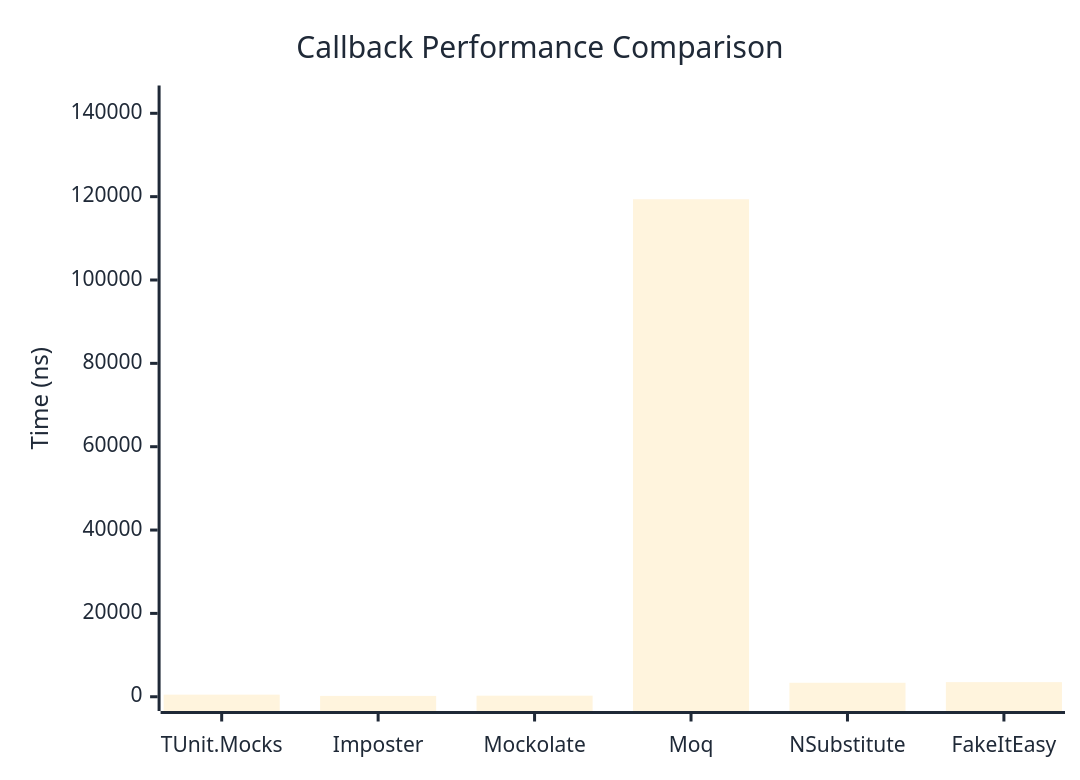
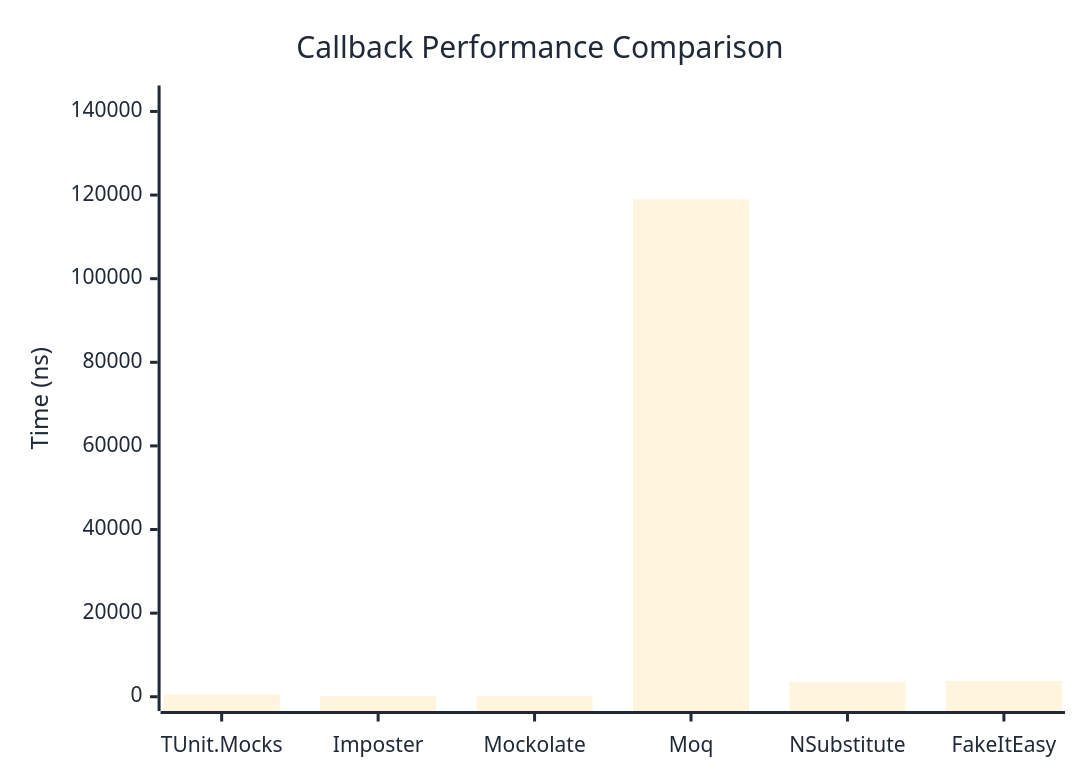
One commit to thomhurst/TUnit changed the first of 2 diagrams in docs/docs/benchmarks/mocks/Callback.md. Above: the diagram before and after it, drawn with Mermaid. The commit also changed other lines of this file and 14 other files, not shown here.

````diff
--- a/docs/docs/benchmarks/mocks/Callback.md
+++ b/docs/docs/benchmarks/mocks/Callback.md
@@ -30,27 +30,27 @@
 ```mermaid
 %%{init: {
   'theme':'base',
   'themeVariables': {
     'primaryColor': '#2563eb',
     'primaryTextColor': '#1f2937',
     'primaryBorderColor': '#1e40af',
     'lineColor': '#6b7280',
     'secondaryColor': '#7c3aed',
     'tertiaryColor': '#dc2626',
     'background': '#ffffff',
     'pie1': '#2563eb',
     'pie2': '#7c3aed',
     'pie3': '#dc2626',
     'pie4': '#f59e0b',
     'pie5': '#10b981',
     'pie6': '#06b6d4',
     'pie7': '#ec4899',
     'pie8': '#6366f1'
   }
 }}%%
 xychart-beta
   title "Callback Performance Comparison"
   x-axis ["TUnit.Mocks", "Imposter", "Mockolate", "Moq", "NSubstitute", "FakeItEasy"]
-  y-axis "Time (ns)" 0 --> 143252
-  bar [501.2, 199.6, 258.5, 119376.5, 3353.9, 3506.8]
+  y-axis "Time (ns)" 0 --> 142798
+  bar [522.6, 198.6, 251.8, 118998.2, 3597.3, 3748.9]
 ```
````
